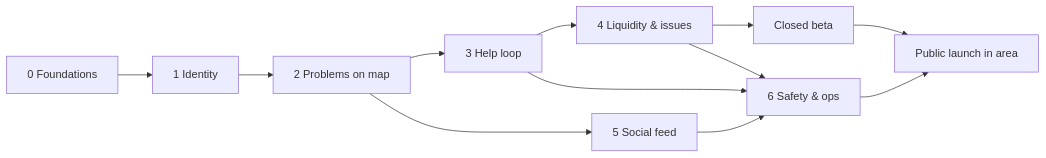
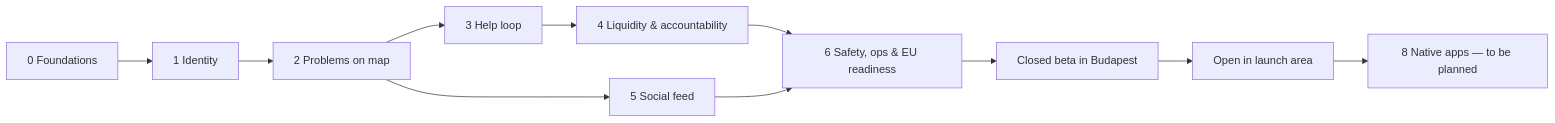
One commit to thedeepakreddy/HelpIN changed the diagram in docs/04-mvp-roadmap.md. Above: the diagram before and after it, drawn with Mermaid. The commit also changed other lines of this file and 7 other files, not shown here.

````diff
--- a/docs/04-mvp-roadmap.md
+++ b/docs/04-mvp-roadmap.md
@@ -152,14 +179,13 @@
 ```mermaid
 flowchart LR
   P0[0 Foundations] --> P1[1 Identity]
   P1 --> P2[2 Problems on map]
   P2 --> P3[3 Help loop]
-  P3 --> P4[4 Liquidity & issues]
-  P4 --> B[Closed beta]
+  P3 --> P4[4 Liquidity & accountability]
   P2 --> P5[5 Social feed]
-  P3 --> P6[6 Safety & ops]
-  P4 --> P6
+  P4 --> P6[6 Safety, ops & EU readiness]
   P5 --> P6
-  P6 --> L[Public launch in area]
-  B --> L
+  P6 --> B[Closed beta in Budapest]
+  B --> L[Open in launch area]
+  L --> P8[8 Native apps — to be planned]
 ```
````
